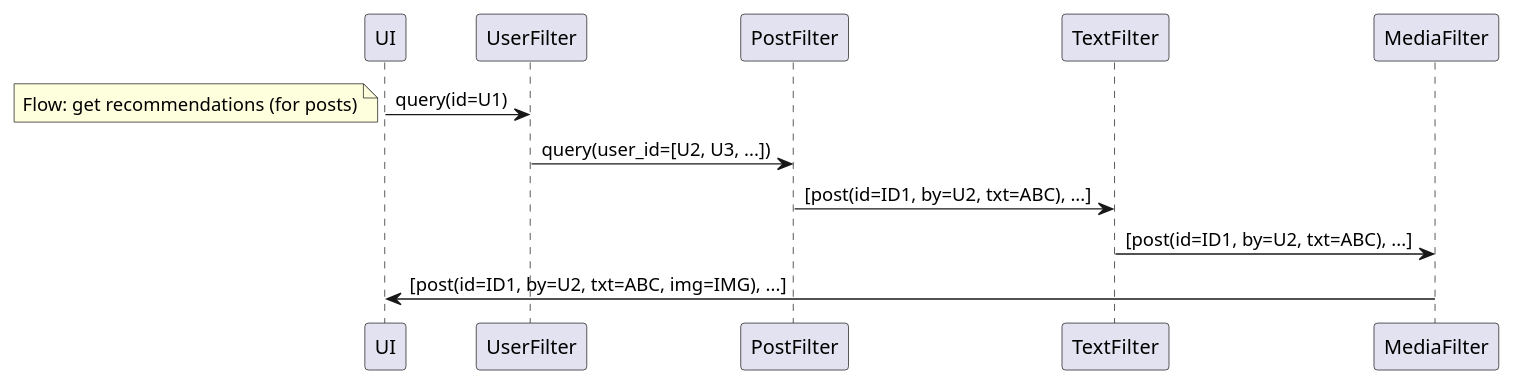
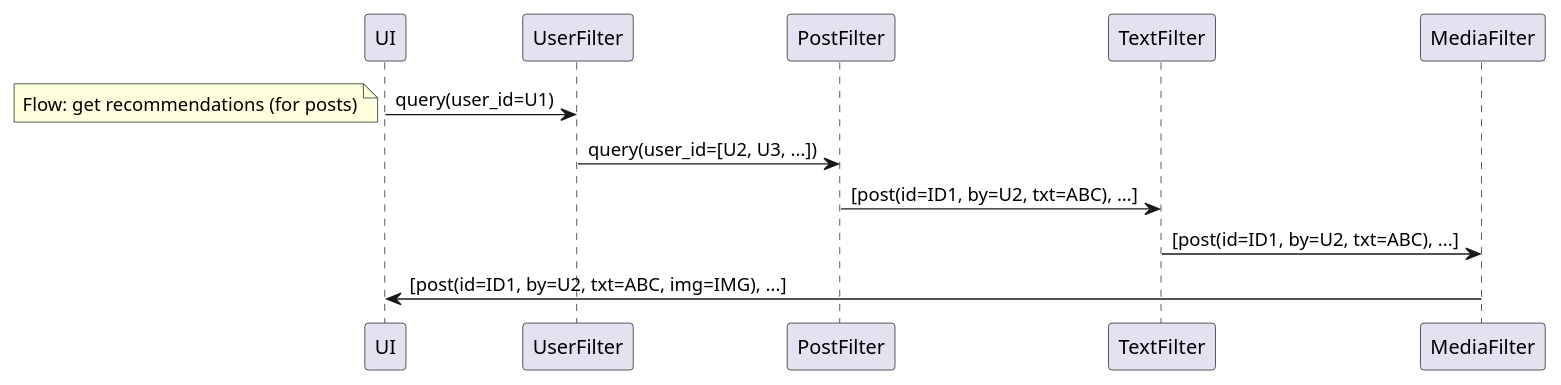
The diagram in misc/soft-architecture/social-network/pipe-filter-3.1.puml (vcharpenay/vcharpenay.github.io), drawn with PlantUML before and after one commit. The commit also changed 1 other file, not shown here.

```diff
--- a/misc/soft-architecture/social-network/pipe-filter-3.1.puml
+++ b/misc/soft-architecture/social-network/pipe-filter-3.1.puml
@@ -1,10 +1,10 @@
 @startuml
-UI -> UserFilter : query(id=U1)
+UI -> UserFilter : query(user_id=U1)
 note left
   Flow: get recommendations (for posts)
 end note
 UserFilter -> PostFilter : query(user_id=[U2, U3, ...])
 PostFilter -> TextFilter : [post(id=ID1, by=U2, txt=ABC), ...]
 TextFilter -> MediaFilter : [post(id=ID1, by=U2, txt=ABC), ...]
 MediaFilter -> UI : [post(id=ID1, by=U2, txt=ABC, img=IMG), ...]
 @enduml
```
